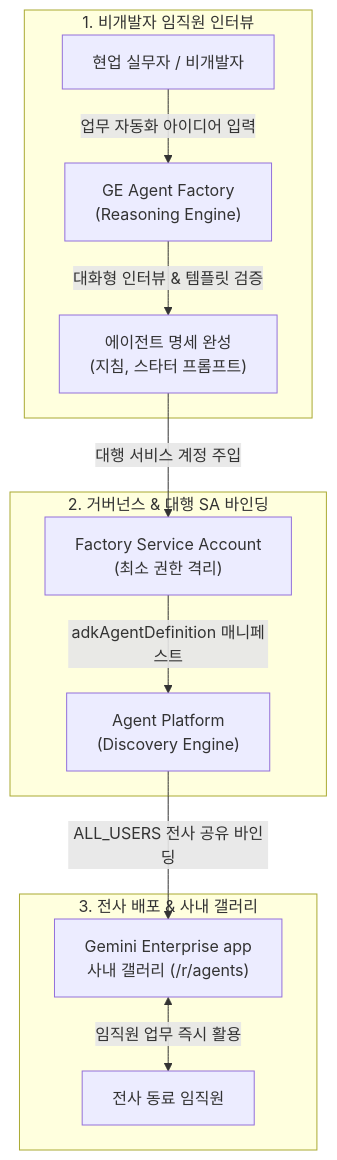
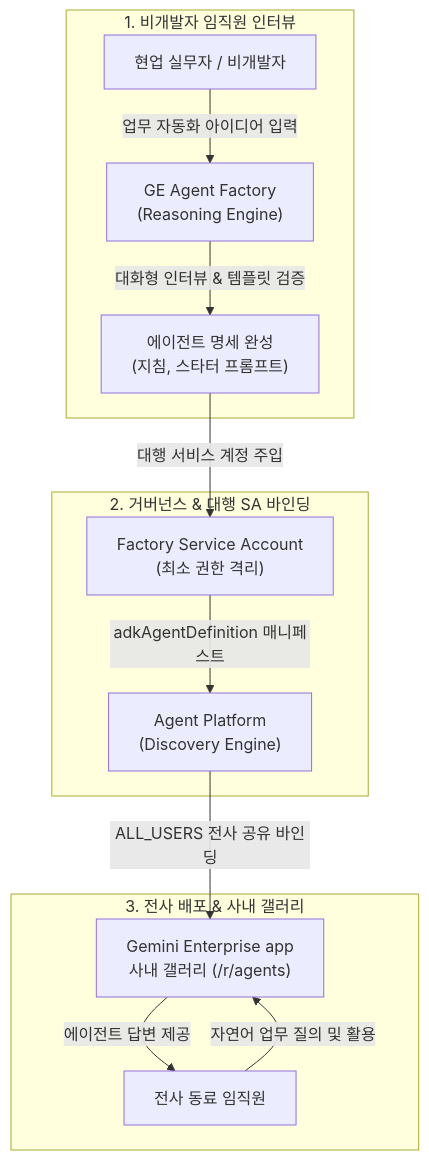
One commit to jiangjun-forge/google-cloud-0-to-1 changed the diagram in samples/gemini-enterprise-copilot-agent/README.md. Above: the diagram before and after it, drawn with Mermaid. The commit also changed 4 other files, not shown here.

Commit message:
Fix mermaid syntax

````diff
--- a/samples/gemini-enterprise-copilot-agent/README.md
+++ b/samples/gemini-enterprise-copilot-agent/README.md
@@ -68,17 +68,18 @@
 ```mermaid
 flowchart TB
     subgraph UserPhase["1. 비개발자 임직원 인터뷰"]
-        User["현업 실무자 / 비개발자"] -->|업무 자동화 아이디어 입력| Factory["GE Agent Factory<br/>(Reasoning Engine)"]
-        Factory -->|대화형 인터뷰 & 템플릿 검증| Spec["에이전트 명세 완성<br/>(지침, 스타터 프롬프트)"]
+        User["현업 실무자 / 비개발자"] -->|"업무 자동화 아이디어 입력"| Factory["GE Agent Factory<br/>(Reasoning Engine)"]
+        Factory -->|"대화형 인터뷰 & 템플릿 검증"| Spec["에이전트 명세 완성<br/>(지침, 스타터 프롬프트)"]
     end
 
     subgraph Governance["2. 거버넌스 & 대행 SA 바인딩"]
-        Spec -->|대행 서비스 계정 주입| SA["Factory Service Account<br/>(최소 권한 격리)"]
-        SA -->|adkAgentDefinition 매니페스트| Engine["Agent Platform<br/>(Discovery Engine)"]
+        Spec -->|"대행 서비스 계정 주입"| SA["Factory Service Account<br/>(최소 권한 격리)"]
+        SA -->|"adkAgentDefinition 매니페스트"| Engine["Agent Platform<br/>(Discovery Engine)"]
     end
 
     subgraph Distribution["3. 전사 배포 & 사내 갤러리"]
-        Engine -->|ALL_USERS 전사 공유 바인딩| Gallery["Gemini Enterprise app<br/>사내 갤러리 (/r/agents)"]
-        Gallery <-->|임직원 업무 즉시 활용| CorpUsers["전사 동료 임직원"]
+        Engine -->|"ALL_USERS 전사 공유 바인딩"| Gallery["Gemini Enterprise app<br/>사내 갤러리 (/r/agents)"]
+        CorpUsers["전사 동료 임직원"] -->|"자연어 업무 질의 및 활용"| Gallery
+        Gallery -->|"에이전트 답변 제공"| CorpUsers
     end
 ```
````
